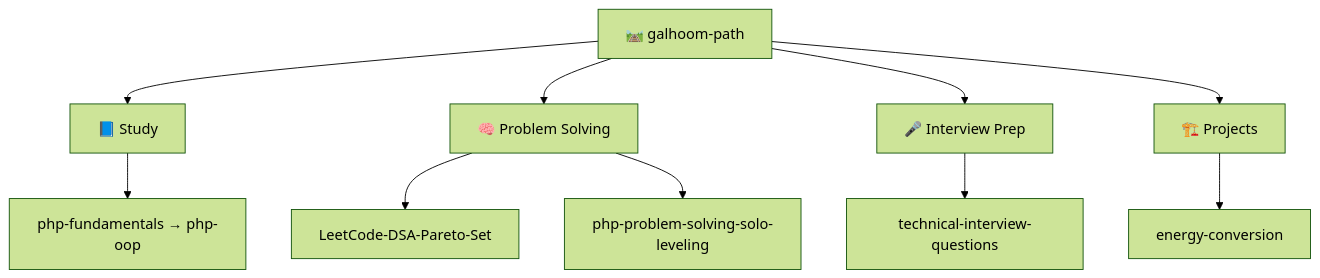
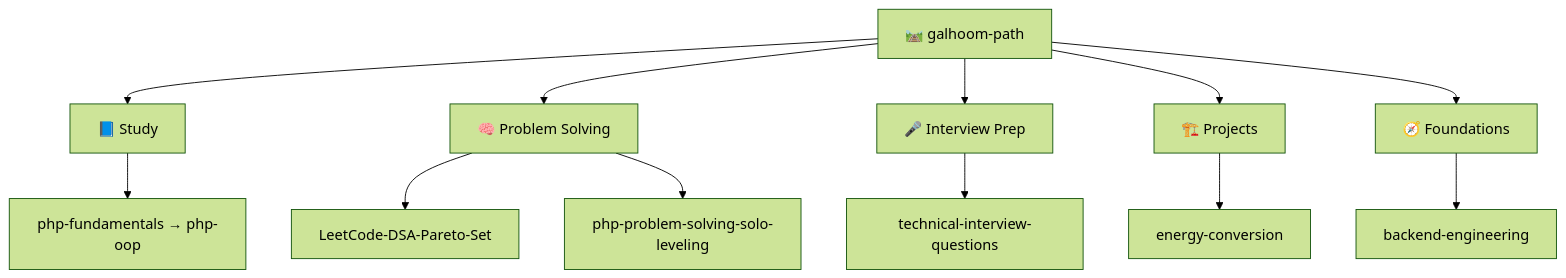
The diagram in README.md (Galhoom22/Galhoom22), drawn with Mermaid (forest theme) before and after one commit. The commit also changed other lines of this file, not shown here.

First line of the commit message:
Add Foundations track and backend-engineering to profile.

````diff
--- a/README.md
+++ b/README.md
@@ -33,13 +34,15 @@
 ```mermaid
 flowchart TB
   ORG["🛤️ galhoom-path"]
   ORG --> S["📘 Study"]
   ORG --> P["🧠 Problem Solving"]
   ORG --> I["🎤 Interview Prep"]
   ORG --> R["🏗️ Projects"]
+  ORG --> F["🧭 Foundations"]
   S --> S1["php-fundamentals → php-oop"]
   P --> P1["LeetCode-DSA-Pareto-Set"]
   P --> P2["php-problem-solving-solo-leveling"]
   I --> I1["technical-interview-questions"]
   R --> R1["energy-conversion"]
+  F --> F1["backend-engineering"]
 ```
````
